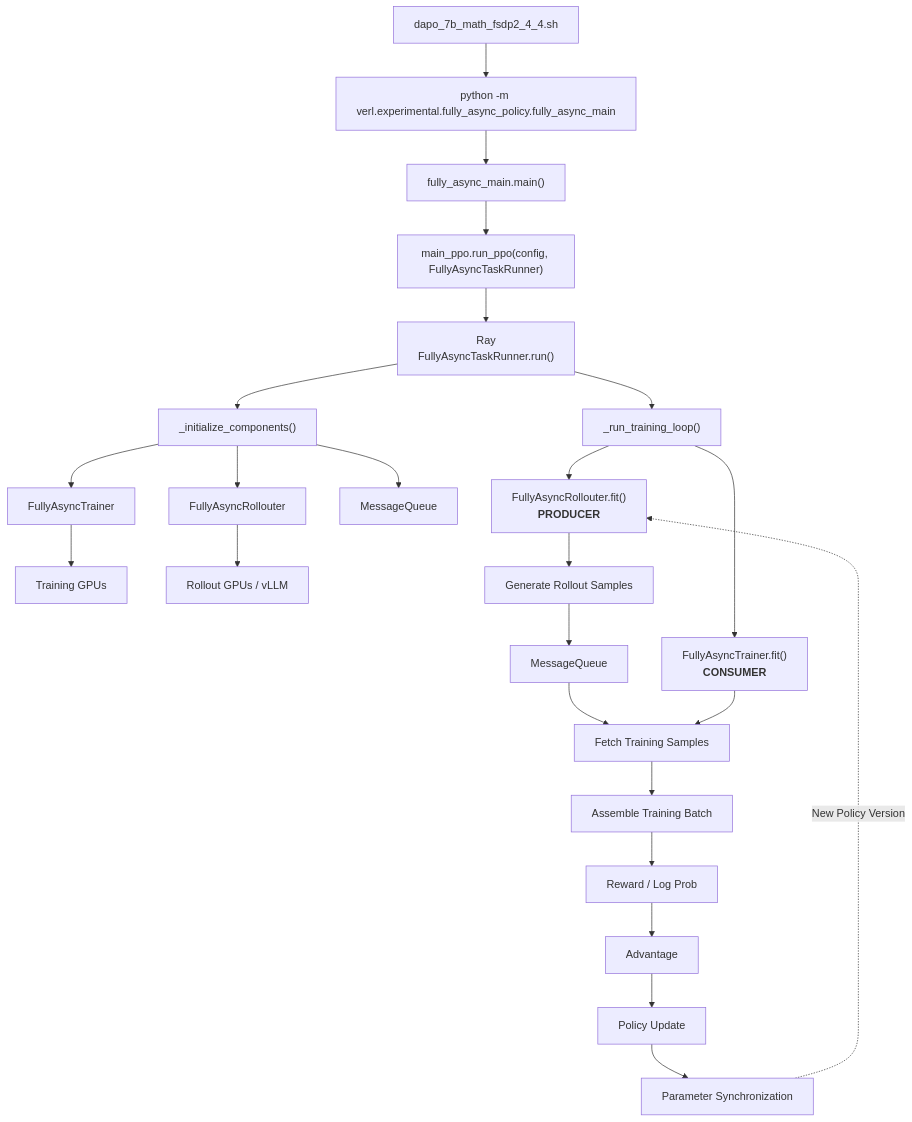
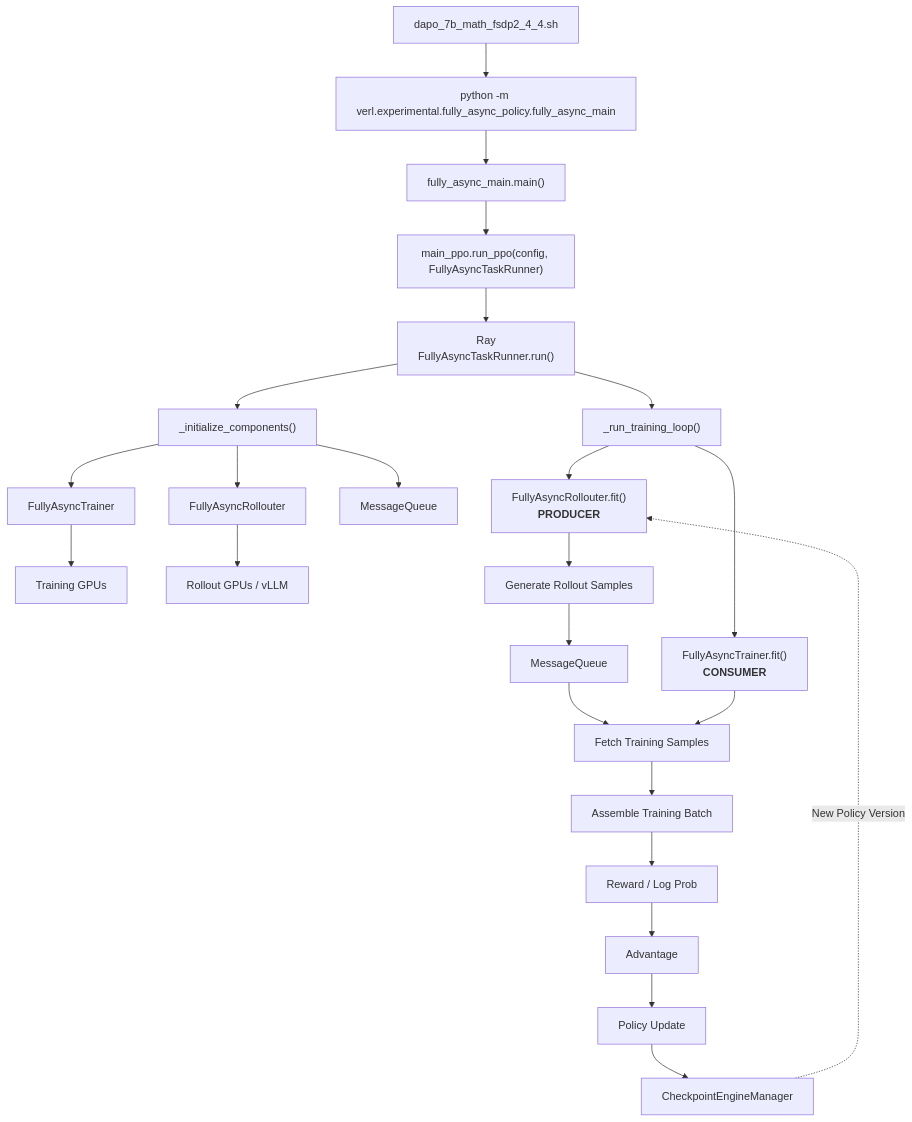
One commit to Vivicai1005/verl-rocm-tutorials changed the first of 2 diagrams in fully_async_code_walkthrough.md. Above: the diagram before and after it, drawn with Mermaid. The commit also changed other lines of this file, not shown here.

````diff
--- a/fully_async_code_walkthrough.md
+++ b/fully_async_code_walkthrough.md
@@ -6,46 +17,46 @@
 ```mermaid
 flowchart TD
     A["dapo_7b_math_fsdp2_4_4.sh"]
     --> B["python -m verl.experimental.fully_async_policy.fully_async_main"]
 
     B --> C["fully_async_main.main()"]
 
     C --> D["main_ppo.run_ppo(config, FullyAsyncTaskRunner)"]
 
     D --> E["Ray<br/>FullyAsyncTaskRunner.run()"]
 
     E --> F["_initialize_components()"]
 
     F --> F1["FullyAsyncTrainer"]
     F1 --> F11["Training GPUs"]
 
     F --> F2["FullyAsyncRollouter"]
     F2 --> F21["Rollout GPUs / vLLM"]
 
     F --> F3["MessageQueue"]
 
     E --> G["_run_training_loop()"]
 
     G --> R["FullyAsyncRollouter.fit()<br/><b>PRODUCER</b>"]
     G --> T["FullyAsyncTrainer.fit()<br/><b>CONSUMER</b>"]
 
     R --> R1["Generate Rollout Samples"]
 
     R1 --> MQ["MessageQueue"]
 
     MQ --> T1["Fetch Training Samples"]
 
     T --> T1
 
     T1 --> T2["Assemble Training Batch"]
 
     T2 --> T3["Reward / Log Prob"]
 
     T3 --> T4["Advantage"]
 
     T4 --> T5["Policy Update"]
 
-    T5 --> T6["Parameter Synchronization"]
+    T5 --> T6["CheckpointEngineManager"]
 
     T6 -.->|"New Policy Version"| R
 ```
````
